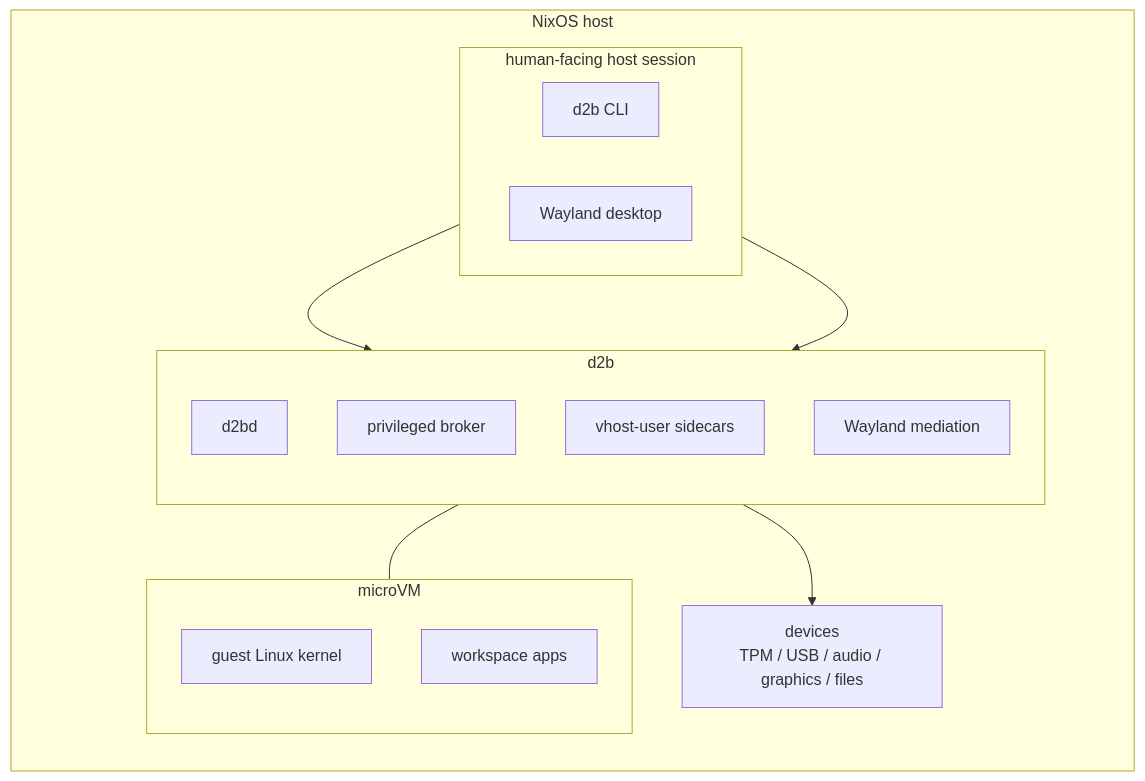
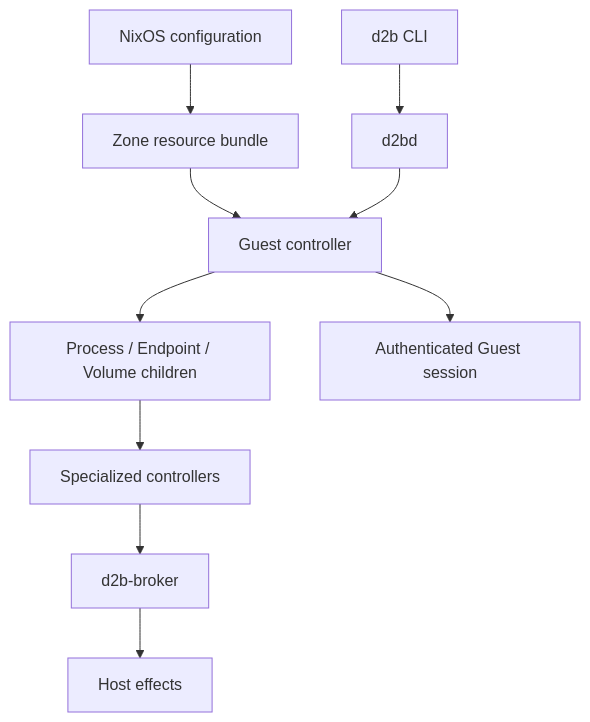
Before and after one commit to vicondoa/d2b: the diagram in README.md, drawn with Mermaid. The commit also changed other lines of this file and 230 other files, not shown here.

First line of the commit message:
repo: converge final Zone-only graph (U19)

````diff
--- a/README.md
+++ b/README.md
@@ -55,32 +36,12 @@
 ```mermaid
 flowchart TB
-    subgraph host["NixOS host"]
-        direction TB
-        subgraph human["human-facing host session"]
-            direction LR
-            cli["d2b CLI"]
-            desktop["Wayland desktop"]
-        end
-
-        devices["devices<br/>TPM / USB / audio / graphics / files"]
-
-        subgraph d2b_box["d2b"]
-            direction TB
-            d2bd["d2bd"]
-            broker["privileged broker"]
-            vhost["vhost-user sidecars"]
-            wayland["Wayland mediation"]
-        end
-
-        subgraph vm["microVM"]
-            direction TB
-            kernel["guest Linux kernel"]
-            apps["workspace apps"]
-        end
-    end
-
-    cli --> d2bd
-    desktop --> wayland
-    vhost --> devices
-    d2b_box --- vm
+    nix["NixOS configuration"] --> zone["Zone resource bundle"]
+    zone --> controller["Guest controller"]
+    controller --> children["Process / Endpoint / Volume children"]
+    children --> effects["Specialized controllers"]
+    effects --> broker["d2b-broker"]
+    cli["d2b CLI"] --> daemon["d2bd"]
+    daemon --> controller
+    broker --> host["Host effects"]
+    controller --> guest["Authenticated Guest session"]
 ```
````
